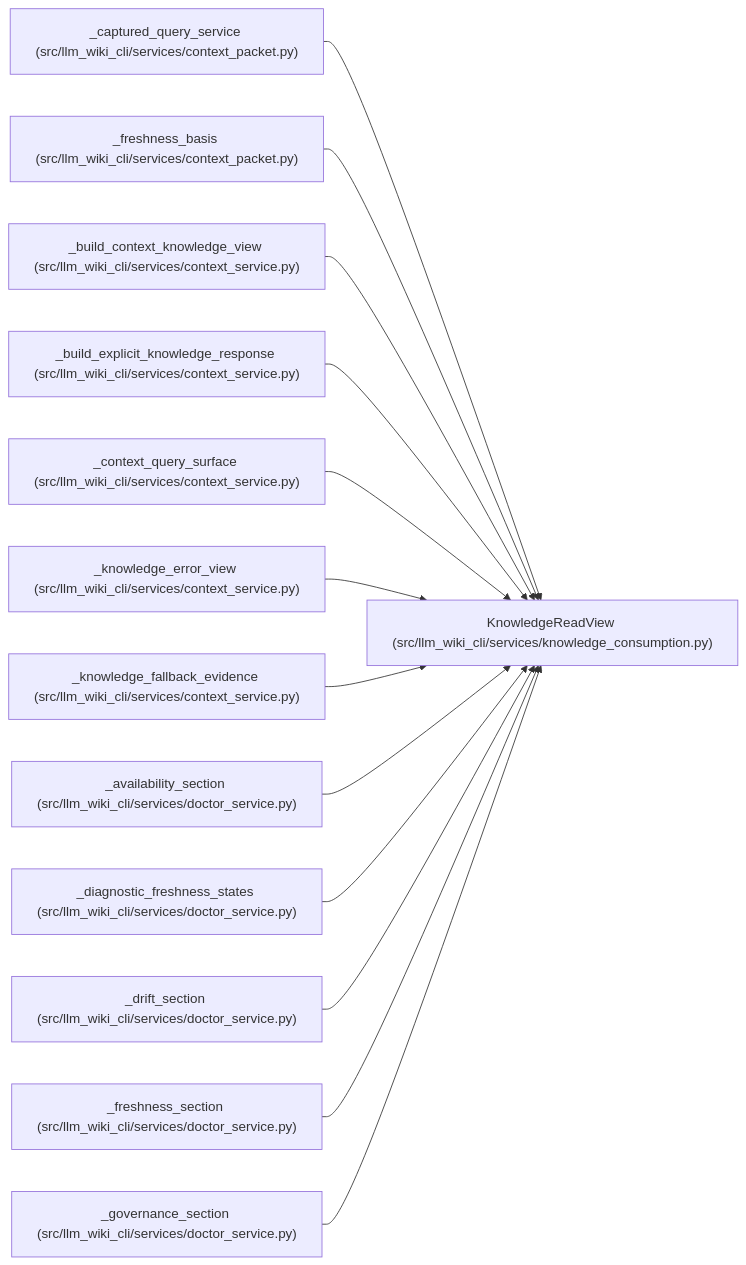
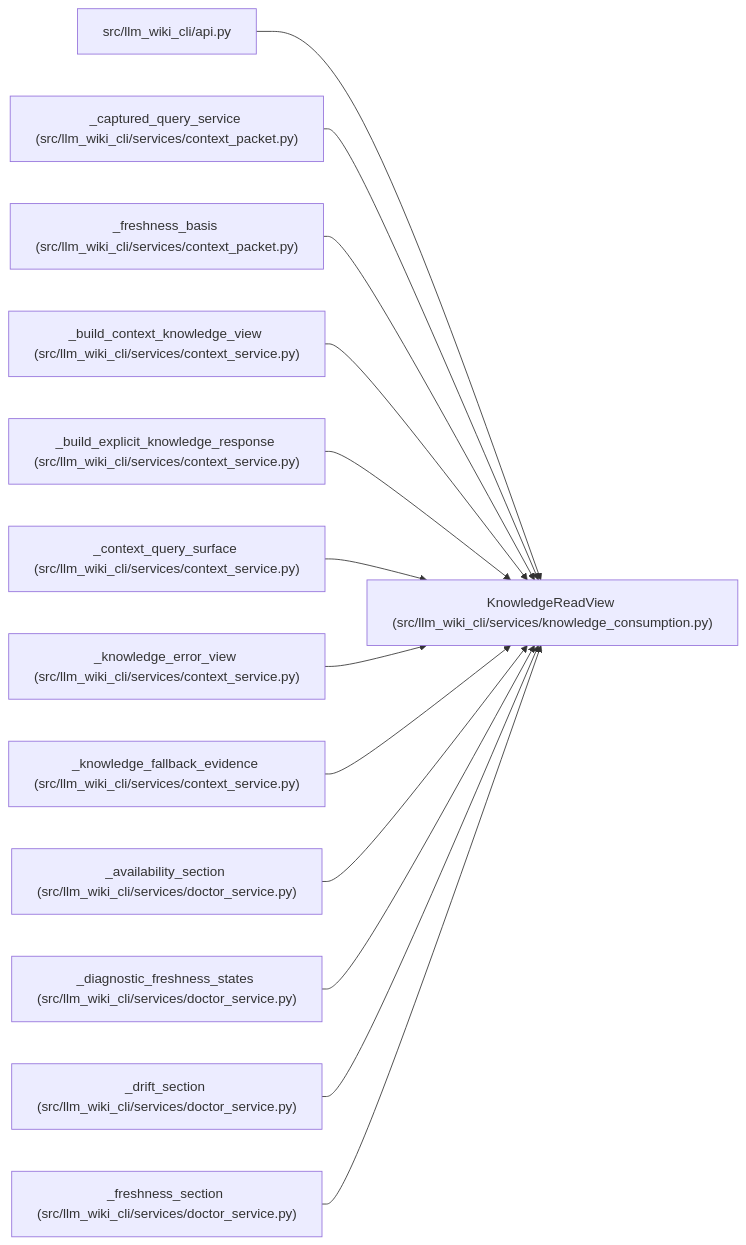
One commit to Denissvgn/python-wiki-llm changed the diagram in docs/llm_wiki/entities/KnowledgeReadView.md. Above: the diagram before and after it, drawn with Mermaid. The commit also changed other lines of this file and 398 other files, not shown here.

````diff
--- a/docs/llm_wiki/entities/KnowledgeReadView.md
+++ b/docs/llm_wiki/entities/KnowledgeReadView.md
@@ -48,41 +48,41 @@
 ```mermaid
 flowchart LR
     n0["KnowledgeReadView (src/llm_wiki_cli/services/knowledge_consumption.py)"]
-    n1["_captured_query_service (src/llm_wiki_cli/services/context_packet.py)"]
-    n2["_freshness_basis (src/llm_wiki_cli/services/context_packet.py)"]
-    n3["_build_context_knowledge_view (src/llm_wiki_cli/services/context_service.py)"]
-    n4["_build_explicit_knowledge_response (src/llm_wiki_cli/services/context_service.py)"]
-    n5["_context_query_surface (src/llm_wiki_cli/services/context_service.py)"]
-    n6["_knowledge_error_view (src/llm_wiki_cli/services/context_service.py)"]
-    n7["_knowledge_fallback_evidence (src/llm_wiki_cli/services/context_service.py)"]
-    n8["_availability_section (src/llm_wiki_cli/services/doctor_service.py)"]
-    n9["_diagnostic_freshness_states (src/llm_wiki_cli/services/doctor_service.py)"]
-    n10["_drift_section (src/llm_wiki_cli/services/doctor_service.py)"]
-    n11["_freshness_section (src/llm_wiki_cli/services/doctor_service.py)"]
-    n12["_governance_section (src/llm_wiki_cli/services/doctor_service.py)"]
+    n1["src/llm_wiki_cli/api.py"]
+    n2["_captured_query_service (src/llm_wiki_cli/services/context_packet.py)"]
+    n3["_freshness_basis (src/llm_wiki_cli/services/context_packet.py)"]
+    n4["_build_context_knowledge_view (src/llm_wiki_cli/services/context_service.py)"]
+    n5["_build_explicit_knowledge_response (src/llm_wiki_cli/services/context_service.py)"]
+    n6["_context_query_surface (src/llm_wiki_cli/services/context_service.py)"]
+    n7["_knowledge_error_view (src/llm_wiki_cli/services/context_service.py)"]
+    n8["_knowledge_fallback_evidence (src/llm_wiki_cli/services/context_service.py)"]
+    n9["_availability_section (src/llm_wiki_cli/services/doctor_service.py)"]
+    n10["_diagnostic_freshness_states (src/llm_wiki_cli/services/doctor_service.py)"]
+    n11["_drift_section (src/llm_wiki_cli/services/doctor_service.py)"]
+    n12["_freshness_section (src/llm_wiki_cli/services/doctor_service.py)"]
     n1 --> n0
     n2 --> n0
     n3 --> n0
     n4 --> n0
     n5 --> n0
     n6 --> n0
     n7 --> n0
     n8 --> n0
     n9 --> n0
     n10 --> n0
     n11 --> n0
     n12 --> n0
     click n0 "../modules/knowledge_consumption.md"
-    click n1 "../modules/context_packet.md"
+    click n1 "../modules/api.md"
     click n2 "../modules/context_packet.md"
-    click n3 "../modules/context_service.md"
+    click n3 "../modules/context_packet.md"
     click n4 "../modules/context_service.md"
     click n5 "../modules/context_service.md"
     click n6 "../modules/context_service.md"
     click n7 "../modules/context_service.md"
-    click n8 "../modules/doctor_service.md"
+    click n8 "../modules/context_service.md"
     click n9 "../modules/doctor_service.md"
     click n10 "../modules/doctor_service.md"
     click n11 "../modules/doctor_service.md"
     click n12 "../modules/doctor_service.md"
 ```
````
